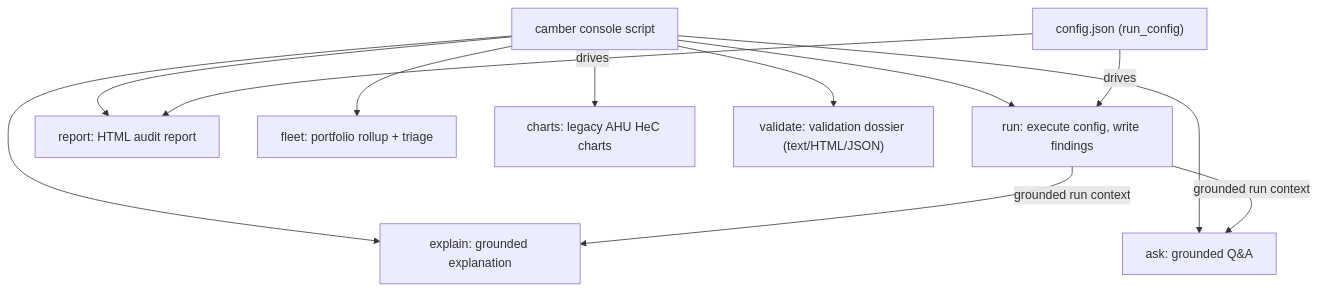
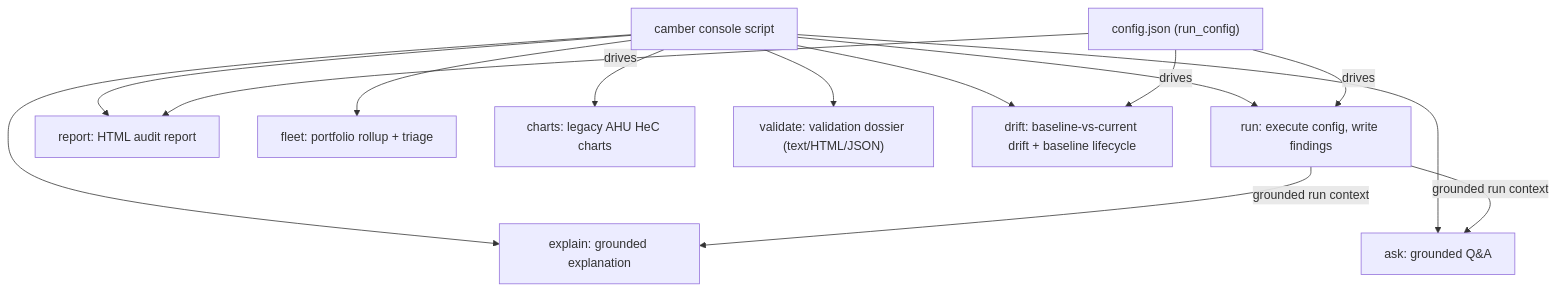
The diagram in docs/CLI.md (yroussev/camber), drawn with Mermaid before and after one commit. The commit also changed other lines of this file and 26 other files, not shown here.

````diff
--- a/docs/CLI.md
+++ b/docs/CLI.md
@@ -28,16 +29,18 @@
 ```mermaid
 flowchart TD
   camber["camber console script"]
   cfg["config.json (run_config)"]
   camber --> run["run: execute config, write findings"]
   camber --> report["report: HTML audit report"]
   camber --> explain["explain: grounded explanation"]
   camber --> ask["ask: grounded Q&A"]
   camber --> fleet["fleet: portfolio rollup + triage"]
   camber --> charts["charts: legacy AHU HeC charts"]
   camber --> validate["validate: validation dossier (text/HTML/JSON)"]
+  camber --> drift["drift: baseline-vs-current drift + baseline lifecycle"]
   cfg -- "drives" --> run
   cfg -- "drives" --> report
+  cfg -- "drives" --> drift
   run -- "grounded run context" --> explain
   run -- "grounded run context" --> ask
 ```
````
